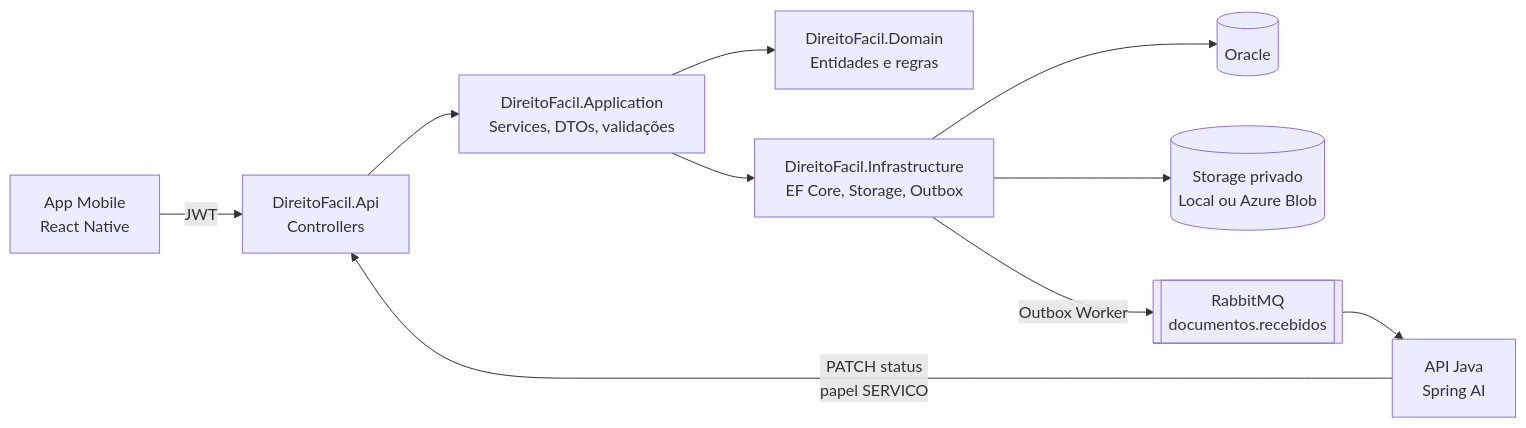
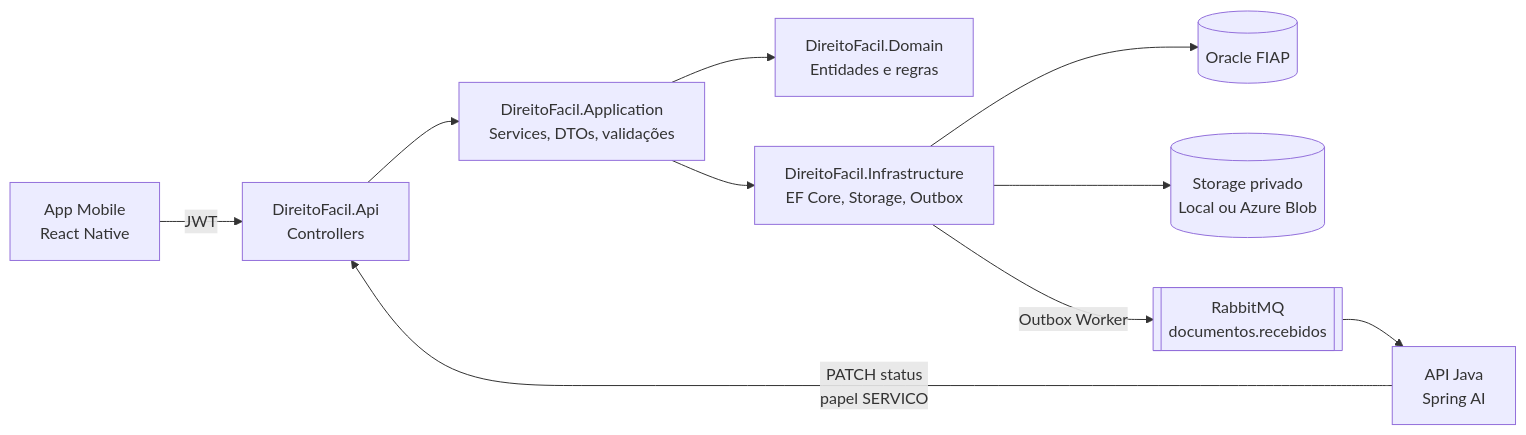
The diagram in README.md (Global-Solution-Direito-Facil/DiretoFacil), drawn with Mermaid before and after one commit. The commit also changed other lines of this file and 6 other files, not shown here.

````diff
--- a/README.md
+++ b/README.md
@@ -46,12 +111,12 @@
 ```mermaid
 flowchart LR
     App[App Mobile<br/>React Native] -->|JWT| Api[DireitoFacil.Api<br/>Controllers]
     Api --> App2[DireitoFacil.Application<br/>Services, DTOs, validações]
     App2 --> Dom[DireitoFacil.Domain<br/>Entidades e regras]
     App2 --> Inf[DireitoFacil.Infrastructure<br/>EF Core, Storage, Outbox]
-    Inf --> Ora[(Oracle)]
+    Inf --> Ora[(Oracle FIAP)]
     Inf --> Blob[(Storage privado<br/>Local ou Azure Blob)]
     Inf -->|Outbox Worker| Mq[[RabbitMQ<br/>documentos.recebidos]]
     Mq --> Java[API Java<br/>Spring AI]
     Java -->|PATCH status<br/>papel SERVICO| Api
 ```
````
